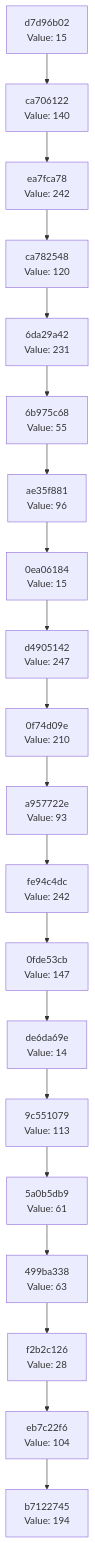
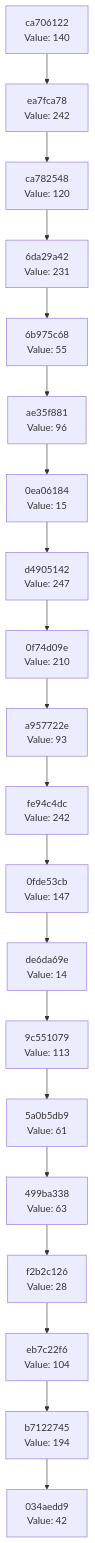
One commit to Abhisheksinha1506/hash-chain-evolver changed the diagram in docs/CHAIN_VISUALIZATION.md. Above: the diagram before and after it, drawn with Mermaid. The commit also changed 3 other files, not shown here.

````diff
--- a/docs/CHAIN_VISUALIZATION.md
+++ b/docs/CHAIN_VISUALIZATION.md
@@ -3,42 +3,42 @@
 ```mermaid
 graph TD
-    C0["b7122745<br/>Value: 194"]
-    C1["eb7c22f6<br/>Value: 104"]
+    C0["034aedd9<br/>Value: 42"]
+    C1["b7122745<br/>Value: 194"]
     C1 --> C0
-    C2["f2b2c126<br/>Value: 28"]
+    C2["eb7c22f6<br/>Value: 104"]
     C2 --> C1
-    C3["499ba338<br/>Value: 63"]
+    C3["f2b2c126<br/>Value: 28"]
     C3 --> C2
-    C4["5a0b5db9<br/>Value: 61"]
+    C4["499ba338<br/>Value: 63"]
     C4 --> C3
-    C5["9c551079<br/>Value: 113"]
+    C5["5a0b5db9<br/>Value: 61"]
     C5 --> C4
-    C6["de6da69e<br/>Value: 14"]
+    C6["9c551079<br/>Value: 113"]
     C6 --> C5
-    C7["0fde53cb<br/>Value: 147"]
+    C7["de6da69e<br/>Value: 14"]
     C7 --> C6
-    C8["fe94c4dc<br/>Value: 242"]
+    C8["0fde53cb<br/>Value: 147"]
     C8 --> C7
-    C9["a957722e<br/>Value: 93"]
+    C9["fe94c4dc<br/>Value: 242"]
     C9 --> C8
-    C10["0f74d09e<br/>Value: 210"]
+    C10["a957722e<br/>Value: 93"]
     C10 --> C9
-    C11["d4905142<br/>Value: 247"]
+    C11["0f74d09e<br/>Value: 210"]
     C11 --> C10
-    C12["0ea06184<br/>Value: 15"]
+    C12["d4905142<br/>Value: 247"]
     C12 --> C11
-    C13["ae35f881<br/>Value: 96"]
+    C13["0ea06184<br/>Value: 15"]
     C13 --> C12
-    C14["6b975c68<br/>Value: 55"]
+    C14["ae35f881<br/>Value: 96"]
     C14 --> C13
-    C15["6da29a42<br/>Value: 231"]
+    C15["6b975c68<br/>Value: 55"]
     C15 --> C14
-    C16["ca782548<br/>Value: 120"]
+    C16["6da29a42<br/>Value: 231"]
     C16 --> C15
-    C17["ea7fca78<br/>Value: 242"]
+    C17["ca782548<br/>Value: 120"]
     C17 --> C16
-    C18["ca706122<br/>Value: 140"]
+    C18["ea7fca78<br/>Value: 242"]
     C18 --> C17
-    C19["d7d96b02<br/>Value: 15"]
+    C19["ca706122<br/>Value: 140"]
     C19 --> C18
 ```
````
